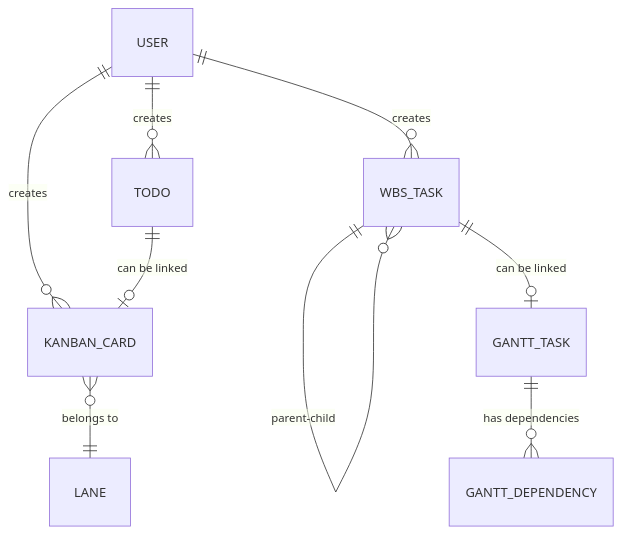
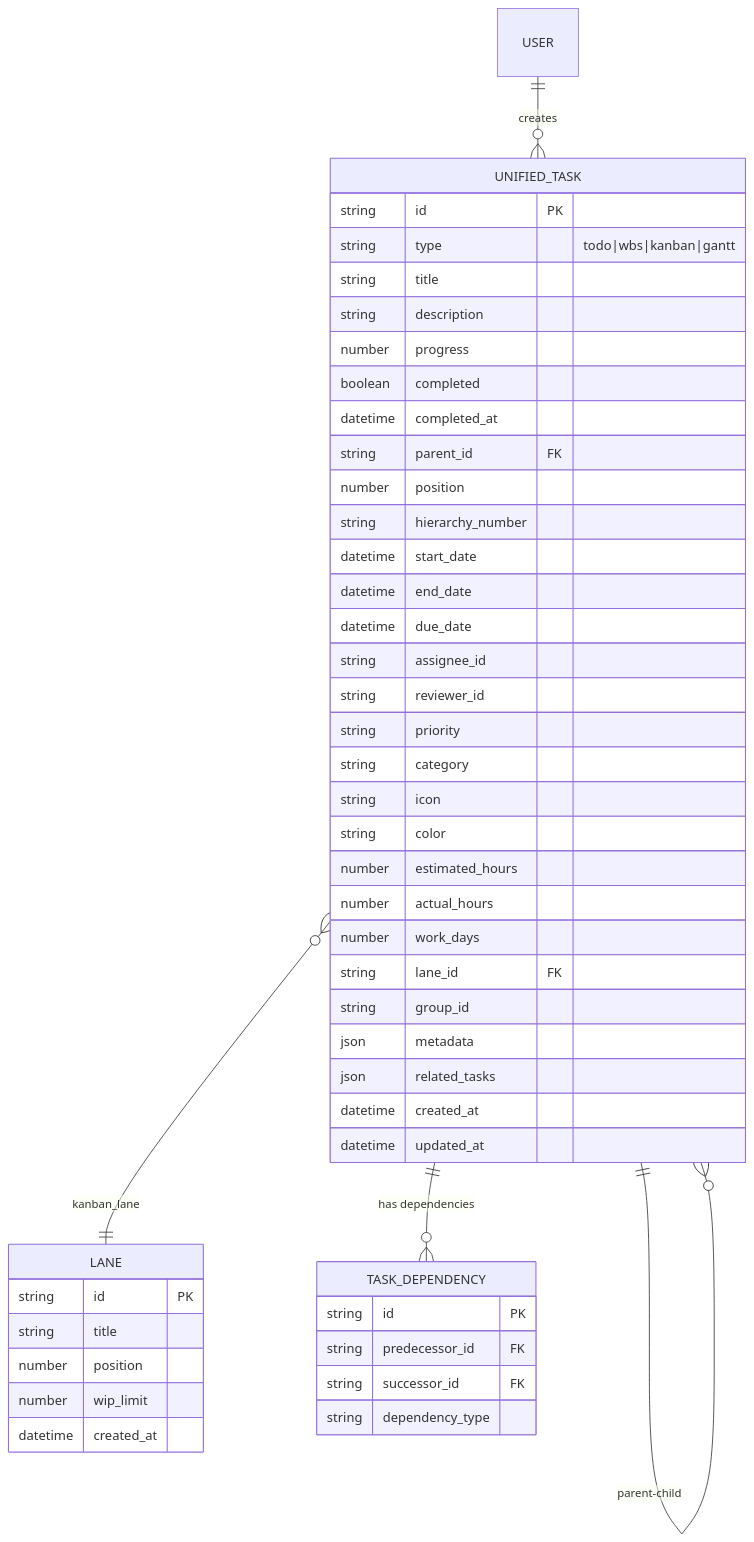
The sixth of 6 diagrams in .kiro/specs/productivity-tools-suite/design.md (taku2365/yorozuya), drawn with Mermaid before and after one commit. The commit also changed other lines of this file and 42 other files, not shown here.

````diff
--- a/.kiro/specs/productivity-tools-suite/design.md
+++ b/.kiro/specs/productivity-tools-suite/design.md
@@ -195,13 +317,53 @@
 ```mermaid
 erDiagram
-    USER ||--o{ TODO : "creates"
-    USER ||--o{ WBS_TASK : "creates"
-    USER ||--o{ KANBAN_CARD : "creates"
+    USER ||--o{ UNIFIED_TASK : "creates"
+    UNIFIED_TASK ||--o{ UNIFIED_TASK : "parent-child"
+    UNIFIED_TASK }o--|| LANE : "kanban_lane"
+    UNIFIED_TASK ||--o{ TASK_DEPENDENCY : "has dependencies"
     
-    WBS_TASK ||--o{ WBS_TASK : "parent-child"
-    KANBAN_CARD }o--|| LANE : "belongs to"
-    GANTT_TASK ||--o{ GANTT_DEPENDENCY : "has dependencies"
+    UNIFIED_TASK {
+        string id PK
+        string type "todo|wbs|kanban|gantt"
+        string title
+        string description
+        number progress
+        boolean completed
+        datetime completed_at
+        string parent_id FK
+        number position
+        string hierarchy_number
+        datetime start_date
+        datetime end_date
+        datetime due_date
+        string assignee_id
+        string reviewer_id
+        string priority
+        string category
+        string icon
+        string color
+        number estimated_hours
+        number actual_hours
+        number work_days
+        string lane_id FK
+        string group_id
+        json metadata
+        json related_tasks
+        datetime created_at
+        datetime updated_at
+    }
     
-    TODO ||--o| KANBAN_CARD : "can be linked"
-    WBS_TASK ||--o| GANTT_TASK : "can be linked"
+    LANE {
+        string id PK
+        string title
+        number position
+        number wip_limit
+        datetime created_at
+    }
+    
+    TASK_DEPENDENCY {
+        string id PK
+        string predecessor_id FK
+        string successor_id FK
+        string dependency_type
+    }
 ```
````
